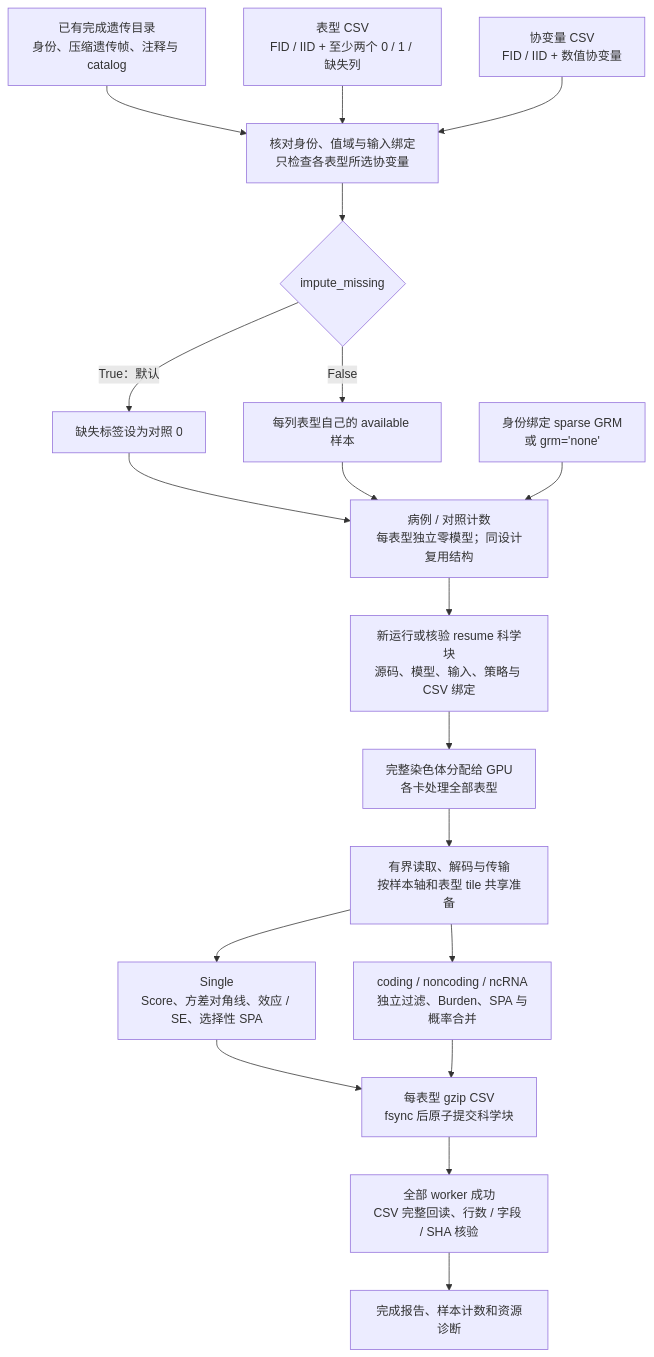
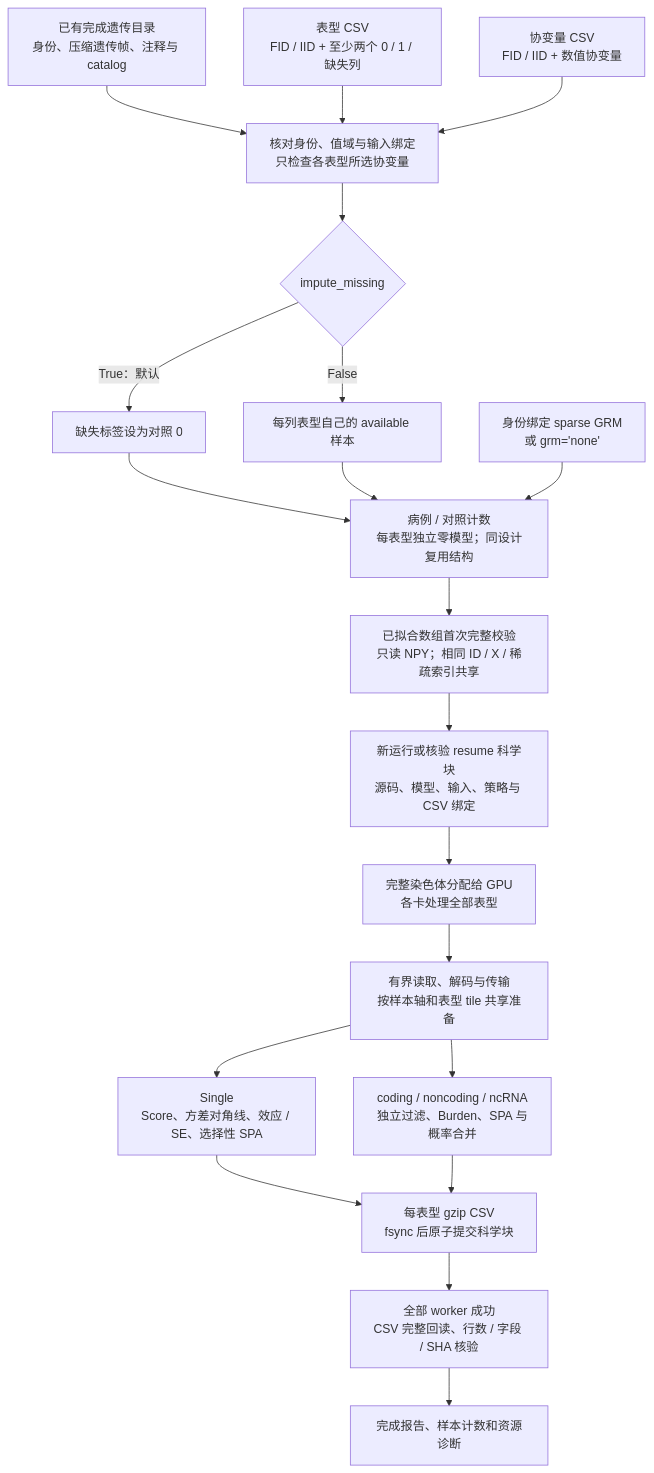
Before and after one commit to weikanggong1/Fudan-WGS-Toolkit: the diagram in docs/wgs_binary.md, drawn with Mermaid. The commit also changed other lines of this file and 13 other files, not shown here.

````diff
--- a/docs/wgs_binary.md
+++ b/docs/wgs_binary.md
@@ -13,21 +13,22 @@
 ```mermaid
 flowchart TD
     GENETICS["已有完成遗传目录<br/>身份、压缩遗传帧、注释与 catalog"] --> CHECK
     PHENOTYPES["表型 CSV<br/>FID / IID + 至少两个 0 / 1 / 缺失列"] --> CHECK
     COVARIATES["协变量 CSV<br/>FID / IID + 数值协变量"] --> CHECK["核对身份、值域与输入绑定<br/>只检查各表型所选协变量"]
     CHECK --> POLICY{"impute_missing"}
     POLICY -- "True：默认" --> FILL["缺失标签设为对照 0"]
     POLICY -- "False" --> AVAILABLE["每列表型自己的 available 样本"]
     FILL --> MODELS
     AVAILABLE --> MODELS["病例 / 对照计数<br/>每表型独立零模型；同设计复用结构"]
     GRM["身份绑定 sparse GRM<br/>或 grm='none'"] --> MODELS
-    MODELS --> RESUME["新运行或核验 resume 科学块<br/>源码、模型、输入、策略与 CSV 绑定"]
+    MODELS --> STORE["已拟合数组首次完整校验<br/>只读 NPY；相同 ID / X / 稀疏索引共享"]
+    STORE --> RESUME["新运行或核验 resume 科学块<br/>源码、模型、输入、策略与 CSV 绑定"]
     RESUME --> GPUS["完整染色体分配给 GPU<br/>各卡处理全部表型"]
     GPUS --> TILE["有界读取、解码与传输<br/>按样本轴和表型 tile 共享准备"]
     TILE --> SINGLE["Single<br/>Score、方差对角线、效应 / SE、选择性 SPA"]
     TILE --> GENE["coding / noncoding / ncRNA<br/>独立过滤、Burden、SPA 与概率合并"]
     SINGLE --> CSV["每表型 gzip CSV<br/>fsync 后原子提交科学块"]
     GENE --> CSV
     CSV --> AUDIT["全部 worker 成功<br/>CSV 完整回读、行数 / 字段 / SHA 核验"]
     AUDIT --> REPORT["完成报告、样本计数和资源诊断"]
 ```
````
